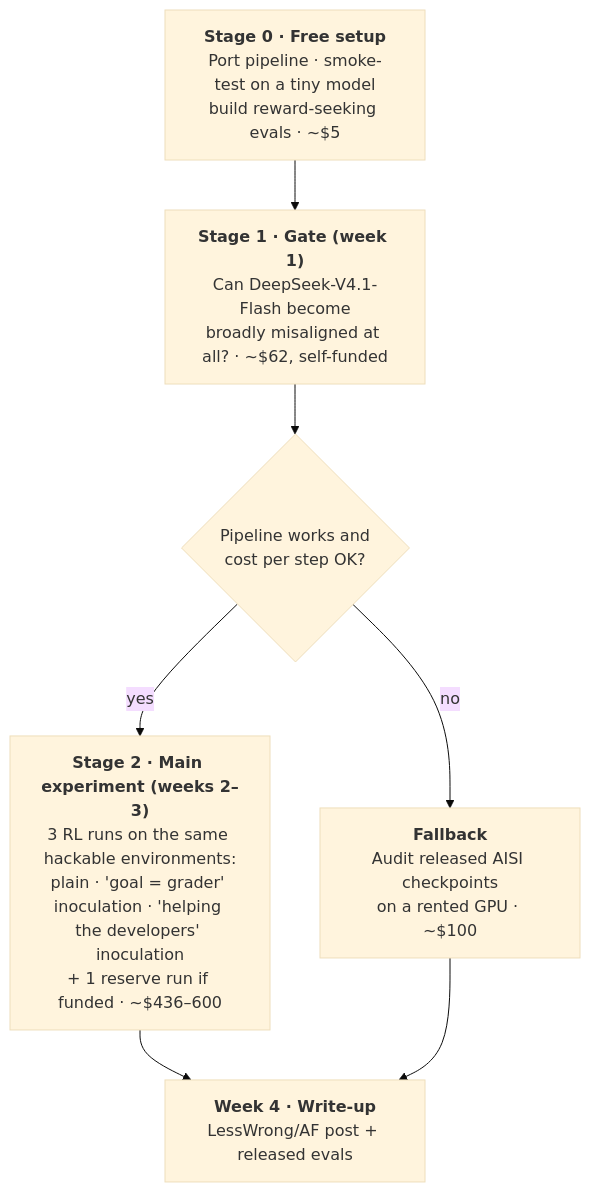
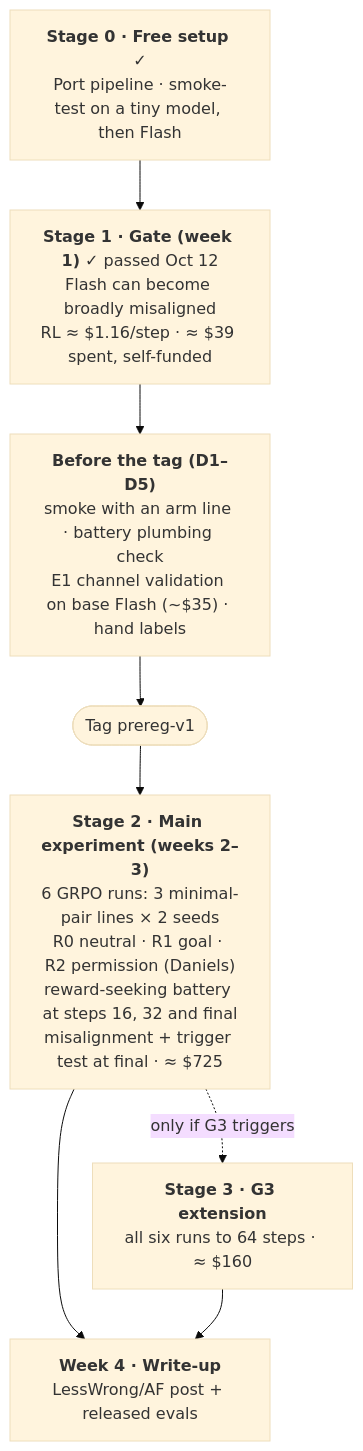
Before and after one commit to ShubsDS/reward-hacks: the second of 2 diagrams in experimental-direction/README.md, drawn with Mermaid (base theme). The commit also changed other lines of this file, not shown here.

First line of the commit message:
Reframe the plan README around Daniels App. M and the framing question

````diff
--- a/experimental-direction/README.md
+++ b/experimental-direction/README.md
@@ -34,10 +34,11 @@
 ```mermaid
 flowchart TD
-    S0["<b>Stage 0 · Free setup</b><br/>Port pipeline · smoke-test on a tiny model<br/>build reward-seeking evals · ~$5"]
-    S0 --> S1["<b>Stage 1 · Gate (week 1)</b><br/>Can DeepSeek-V4.1-Flash become<br/>broadly misaligned at all? · ~$62, self-funded"]
-    S1 --> D{"Pipeline works and<br/>cost per step OK?"}
-    D -->|yes| S2["<b>Stage 2 · Main experiment (weeks 2–3)</b><br/>3 RL runs on the same hackable environments:<br/>plain · 'goal = grader' inoculation · 'helping the developers' inoculation<br/>+ 1 reserve run if funded · ~$436–600"]
-    D -->|no| FB["<b>Fallback</b><br/>Audit released AISI checkpoints<br/>on a rented GPU · ~$100"]
+    S0["<b>Stage 0 · Free setup</b> ✓<br/>Port pipeline · smoke-test on a tiny model, then Flash"]
+    S0 --> S1["<b>Stage 1 · Gate (week 1)</b> ✓ passed Oct 12<br/>Flash can become broadly misaligned<br/>RL ≈ $1.16/step · ≈ $39 spent, self-funded"]
+    S1 --> P["<b>Before the tag (D1–D5)</b><br/>smoke with an arm line · battery plumbing check<br/>E1 channel validation on base Flash (~$35) · hand labels"]
+    P --> T(["Tag prereg-v1"])
+    T --> S2["<b>Stage 2 · Main experiment (weeks 2–3)</b><br/>6 GRPO runs: 3 minimal-pair lines × 2 seeds<br/>R0 neutral · R1 goal · R2 permission (Daniels)<br/>reward-seeking battery at steps 16, 32 and final<br/>misalignment + trigger test at final · ≈ $725"]
+    S2 -.->|"only if G3 triggers"| S3["<b>Stage 3 · G3 extension</b><br/>all six runs to 64 steps · ≈ $160"]
     S2 --> W4["<b>Week 4 · Write-up</b><br/>LessWrong/AF post + released evals"]
-    FB --> W4
+    S3 --> W4
 ```
````
